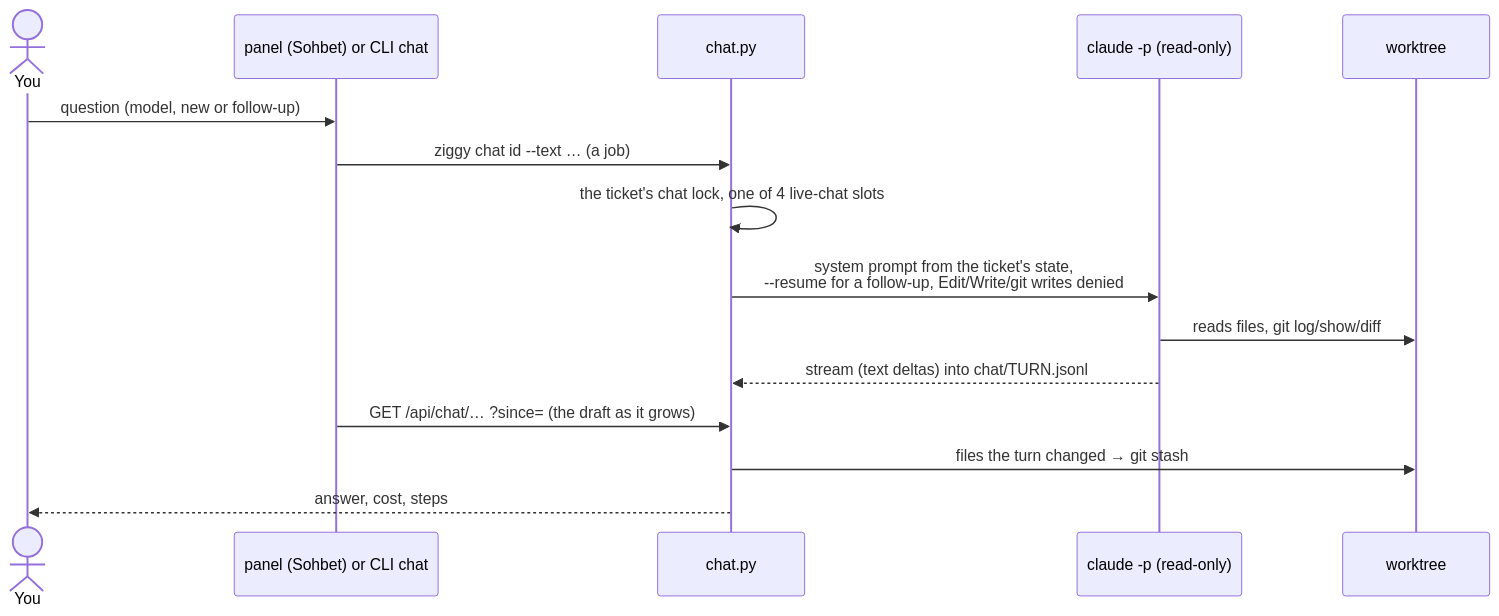
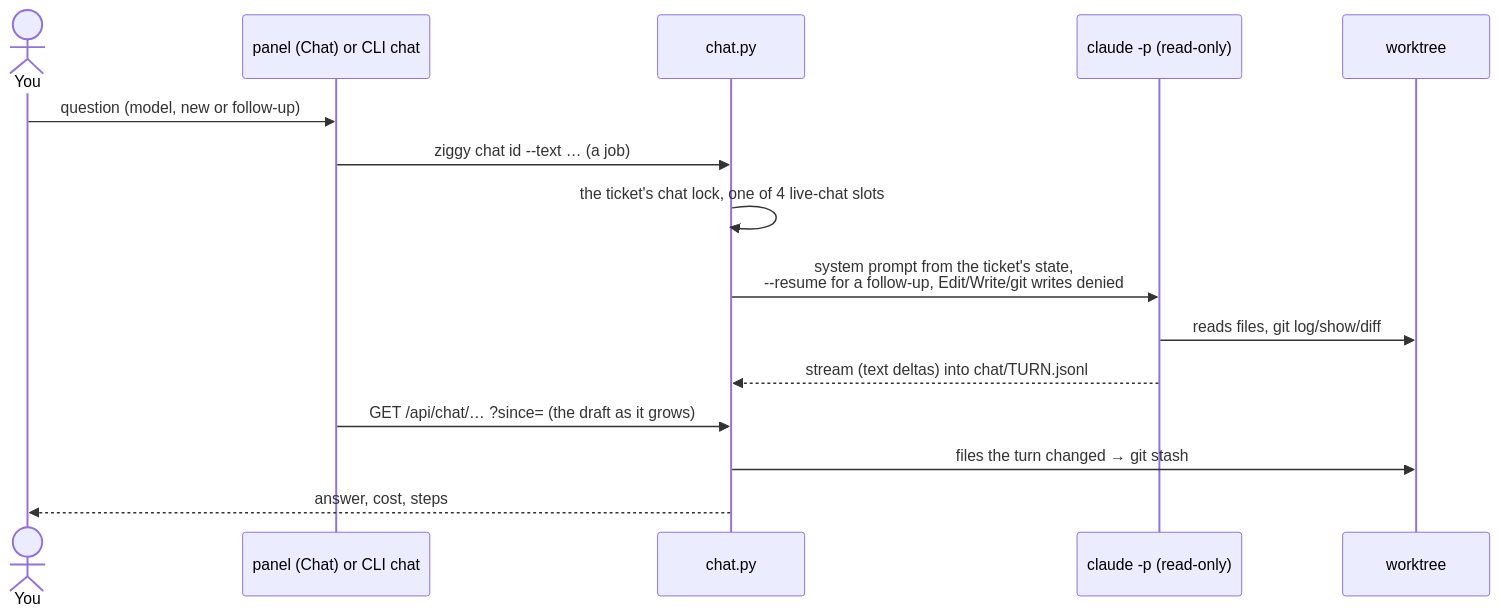
One commit to ilkeryasin8/ziggy-agent changed diagram 12 of 19 in docs/how-it-works.md. Above: the diagram before and after it, drawn with Mermaid. The commit also changed other lines of this file and 17 other files, not shown here.

````diff
--- a/docs/how-it-works.md
+++ b/docs/how-it-works.md
@@ -685,18 +685,18 @@
 ```mermaid
 sequenceDiagram
     actor You
-    participant Panel as panel (Sohbet) or CLI chat
+    participant Panel as panel (Chat) or CLI chat
     participant Chat as chat.py
     participant Agent as claude -p (read-only)
     participant WT as worktree
 
     You->>Panel: question (model, new or follow-up)
     Panel->>Chat: ziggy chat id --text … (a job)
     Chat->>Chat: the ticket's chat lock, one of 4 live-chat slots
     Chat->>Agent: system prompt from the ticket's state,<br/>--resume for a follow-up, Edit/Write/git writes denied
     Agent->>WT: reads files, git log/show/diff
     Agent-->>Chat: stream (text deltas) into chat/TURN.jsonl
     Panel->>Chat: GET /api/chat/… ?since= (the draft as it grows)
     Chat->>WT: files the turn changed → git stash
     Chat-->>You: answer, cost, steps
 ```
````
